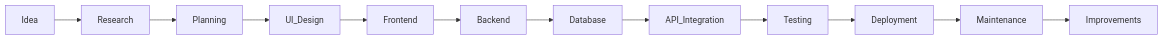
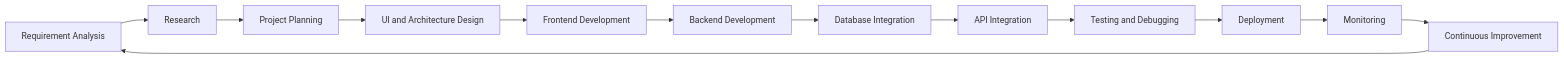
One commit to Ravneet-project/Ravneet-project changed the fourth of 10 diagrams in README.md. Above: the diagram before and after it, drawn with Mermaid. The commit also changed other lines of this file, not shown here.

````diff
--- a/README.md
+++ b/README.md
@@ -102,25 +280,18 @@
 ```mermaid
 flowchart LR
 
-Idea --> Research
+    Requirement[Requirement Analysis]
+    --> Research[Research]
+    --> Planning[Project Planning]
+    --> Design[UI and Architecture Design]
+    --> Frontend[Frontend Development]
+    --> Backend[Backend Development]
+    --> Database[Database Integration]
+    --> API[API Integration]
+    --> Testing[Testing and Debugging]
+    --> Deployment[Deployment]
+    --> Monitoring[Monitoring]
+    --> Improvement[Continuous Improvement]
 
-Research --> Planning
-
-Planning --> UI_Design
-
-UI_Design --> Frontend
-
-Frontend --> Backend
-
-Backend --> Database
-
-Database --> API_Integration
-
-API_Integration --> Testing
-
-Testing --> Deployment
-
-Deployment --> Maintenance
-
-Maintenance --> Improvements
+    Improvement --> Requirement
 ```
````
